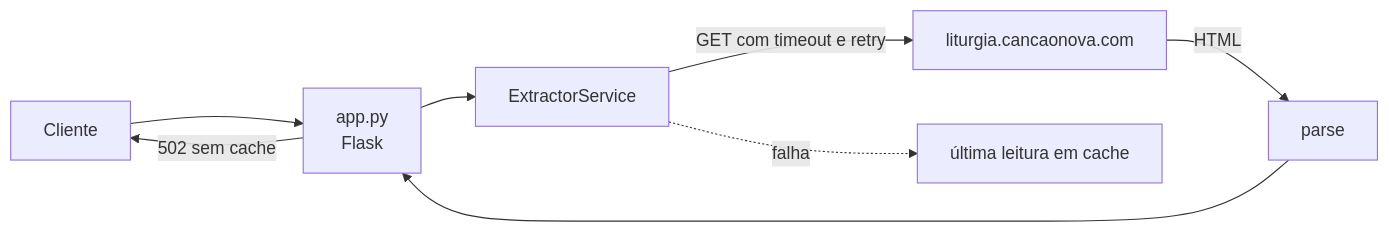
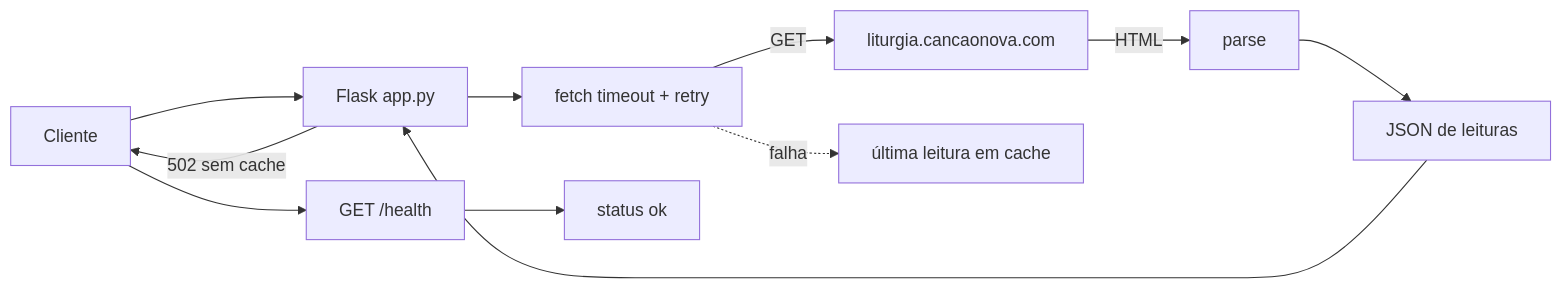
The diagram in README.md (soaresfellipe/api-liturgia-ptbr), drawn with Mermaid before and after one commit. The commit also changed other lines of this file, not shown here.

First line of the commit message:
docs: README reformulado com badges e mais informações

````diff
--- a/README.md
+++ b/README.md
@@ -94,10 +28,13 @@
 ```mermaid
 flowchart LR
-  C[Cliente] --> A[app.py<br>Flask]
-  A --> E[ExtractorService]
-  E -->|GET com timeout e retry| S[liturgia.cancaonova.com]
+  C[Cliente] --> A[Flask app.py]
+  A --> E[fetch timeout + retry]
+  E -->|GET| S[liturgia.cancaonova.com]
   S -->|HTML| P[parse]
-  P --> A
+  P --> J[JSON de leituras]
+  J --> A
   E -. falha .-> K[última leitura em cache]
   A -->|502 sem cache| C
+  C --> H[GET /health]
+  H --> O[status ok]
 ```
````
